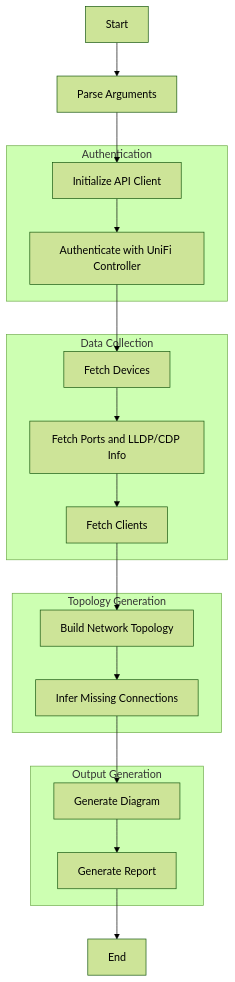
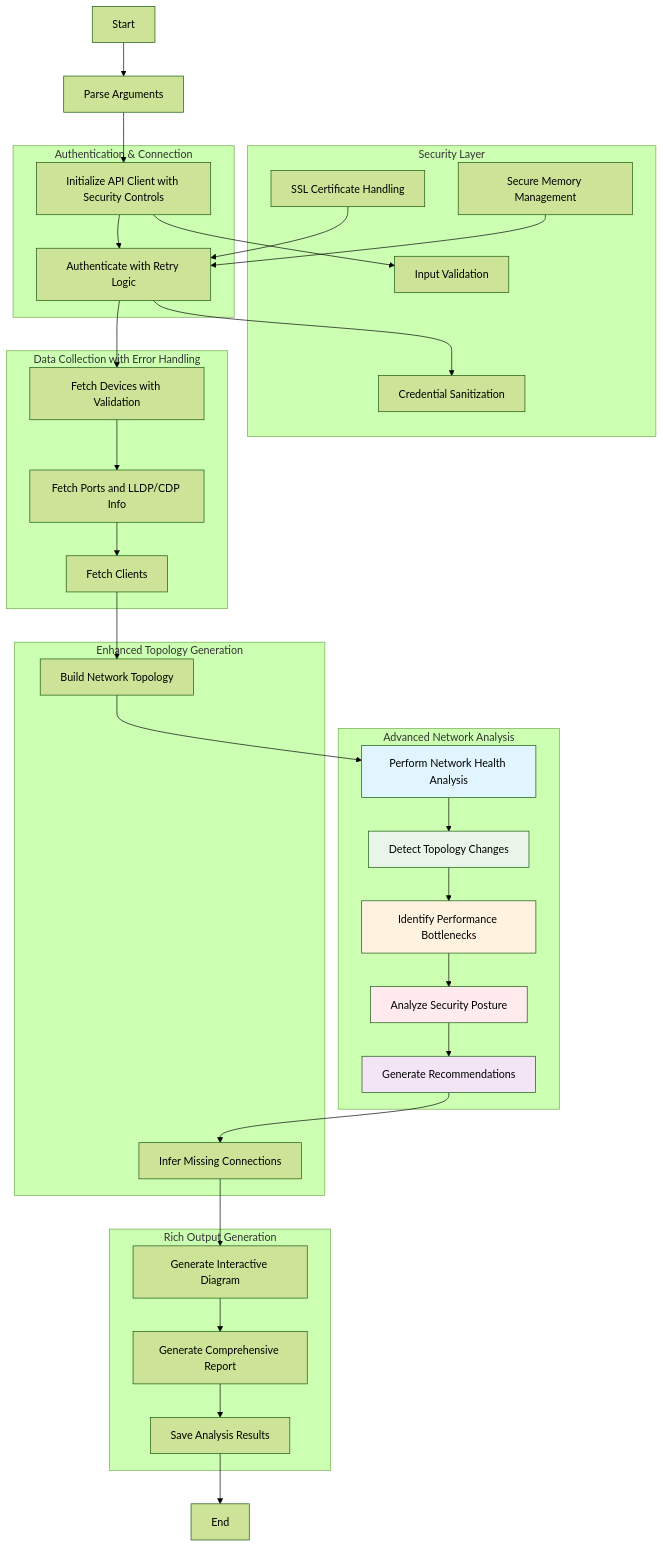
The third of 4 diagrams in README.md (NetDevAutomate/unifi_management_cli), drawn with Mermaid (forest theme) before and after one commit. The commit also changed other lines of this file and 32 other files, not shown here.

````diff
--- a/README.md
+++ b/README.md
@@ -132,35 +318,65 @@
 ```mermaid
 flowchart TD
     A[Start] --> B[Parse Arguments]
-    B --> C[Initialize API Client]
-    C --> D[Authenticate with UniFi Controller]
-    D --> E[Fetch Devices]
+    B --> C[Initialize API Client with Security Controls]
+    C --> D[Authenticate with Retry Logic]
+    D --> E[Fetch Devices with Validation]
     E --> F[Fetch Ports and LLDP/CDP Info]
     F --> G[Fetch Clients]
     G --> H[Build Network Topology]
-    H --> I[Infer Missing Connections]
-    I --> J[Generate Diagram]
-    J --> K[Generate Report]
-    K --> L[End]
+    H --> I[Perform Network Health Analysis]
+    I --> J[Detect Topology Changes]
+    J --> K[Identify Performance Bottlenecks]
+    K --> L[Analyze Security Posture]
+    L --> M[Generate Recommendations]
+    M --> N[Infer Missing Connections]
+    N --> O[Generate Interactive Diagram]
+    O --> P[Generate Comprehensive Report]
+    P --> Q[Save Analysis Results]
+    Q --> R[End]
     
-    subgraph Authentication
-        C
-        D
+    subgraph "Security Layer"
+        C1[Input Validation]
+        C2[Credential Sanitization]
+        C3[SSL Certificate Handling]
+        C4[Secure Memory Management]
     end
     
-    subgraph Data Collection
+    subgraph "Authentication & Connection"
+        C --> C1
+        D --> C2
+        C3 --> D
+        C4 --> D
+    end
+    
+    subgraph "Data Collection with Error Handling"
         E
         F
         G
     end
     
-    subgraph Topology Generation
-        H
+    subgraph "Advanced Network Analysis"
         I
+        J
+        K
+        L
+        M
     end
     
-    subgraph Output Generation
-        J
-        K
+    subgraph "Enhanced Topology Generation"
+        H
+        N
     end
+    
+    subgraph "Rich Output Generation"
+        O
+        P
+        Q
+    end
+    
+    style I fill:#e1f5fe
+    style J fill:#e8f5e8
+    style K fill:#fff3e0
+    style L fill:#ffebee
+    style M fill:#f3e5f5
 ```
````
